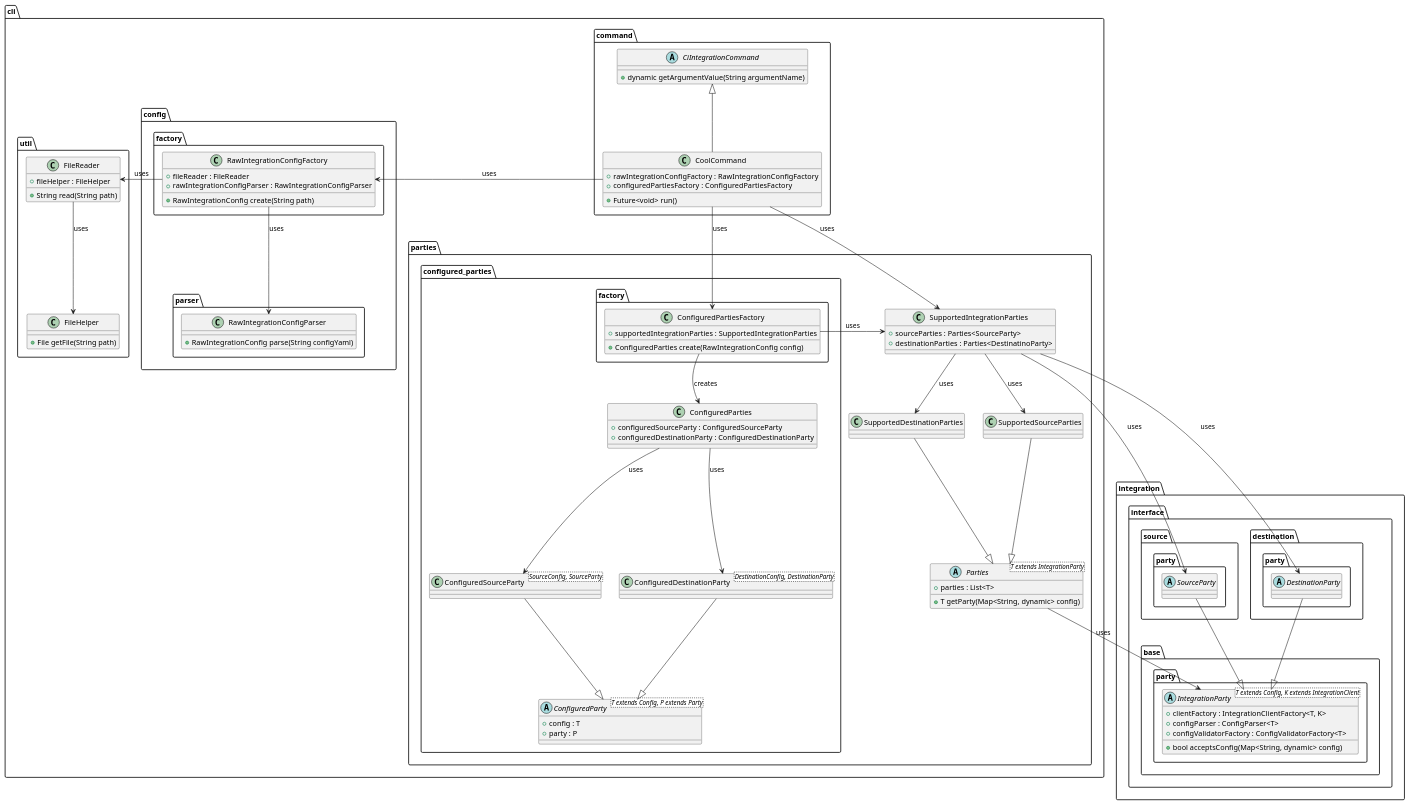
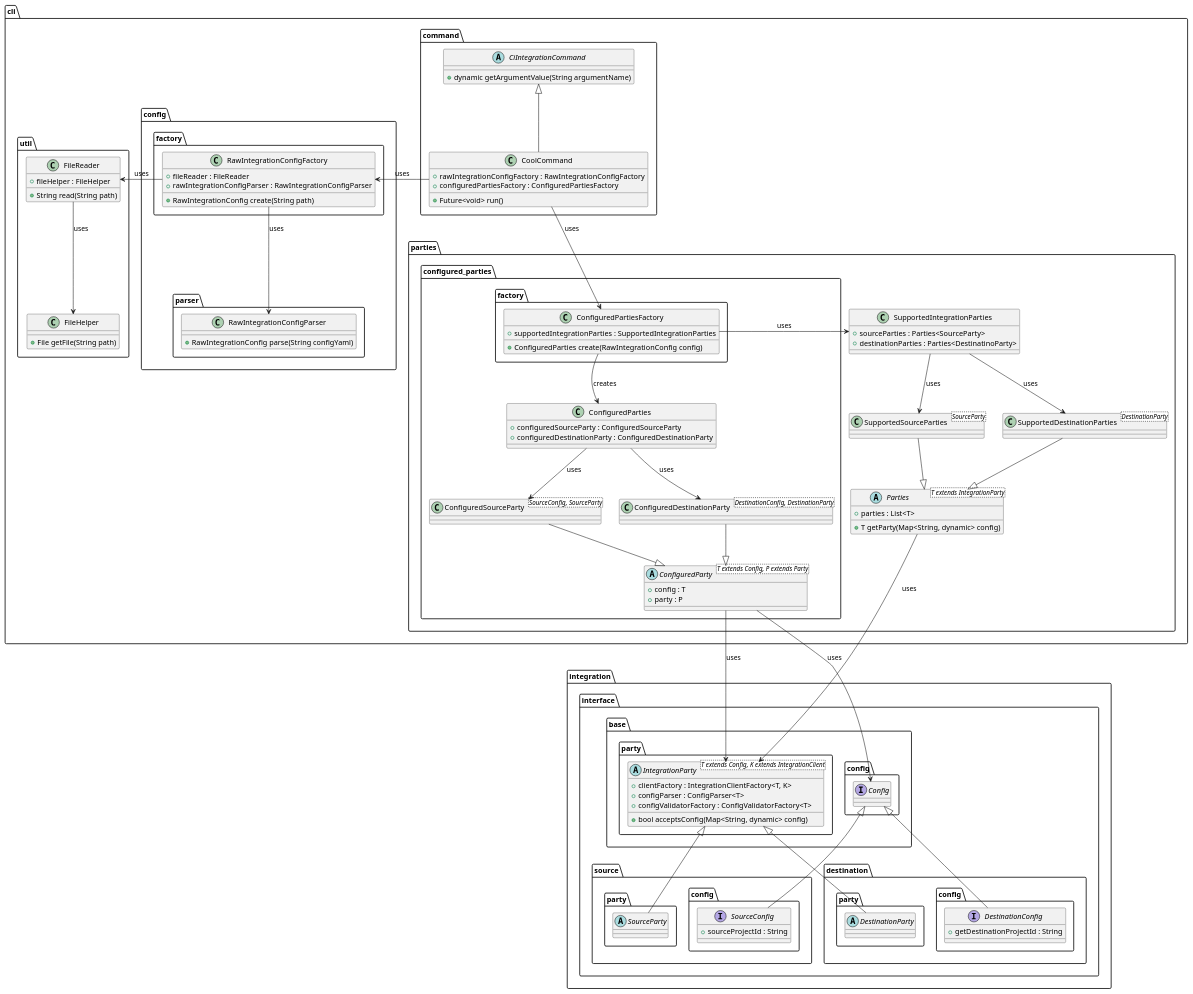
Before and after one commit to Flank/flank-dashboard: the diagram in metrics/ci_integrations/docs/diagrams/commands_code_sharing.puml, drawn with PlantUML.

Commit message:
Improve diagram layout

```diff
--- a/metrics/ci_integrations/docs/diagrams/commands_code_sharing.puml
+++ b/metrics/ci_integrations/docs/diagrams/commands_code_sharing.puml
@@ -1,140 +1,166 @@
 @startuml commands_code_sharing
 
 package cli {
     package command {
         abstract class CiIntegrationCommand {
             + dynamic getArgumentValue(String argumentName)
         }
 
         class CoolCommand {
             + rawIntegrationConfigFactory : RawIntegrationConfigFactory
             + configuredPartiesFactory : ConfiguredPartiesFactory
 
             + Future<void> run()
         }
     }
 
     package parties as cli_parties {
         abstract class Parties<T extends IntegrationParty> {
             + parties : List<T>
 
             + T getParty(Map<String, dynamic> config)
         }
 
-        class SupportedSourceParties {}
+        class SupportedSourceParties<SourceParty> {}
 
-        class SupportedDestinationParties {}
+        class SupportedDestinationParties<DestinationParty> {}
 
         class SupportedIntegrationParties {
             + sourceParties : Parties<SourceParty> 
             + destinationParties : Parties<DestinatinoParty>
         }
 
         package configured_parties {
             package factory as configured_parties_factory {
                 class ConfiguredPartiesFactory {
                     + supportedIntegrationParties : SupportedIntegrationParties
 
                     + ConfiguredParties create(RawIntegrationConfig config)
                 }   
             }
 
             class ConfiguredParties {
                     + configuredSourceParty : ConfiguredSourceParty
                     + configuredDestinationParty : ConfiguredDestinationParty
             }
 
             abstract class ConfiguredParty<T extends Config, P extends Party> {
                 + config : T
                 + party : P
             }
 
             class ConfiguredSourceParty<SourceConfig, SourceParty> {}
             
             class ConfiguredDestinationParty<DestinationConfig, DestinationParty> {}
         }
     }
     
     package config {
         package parser {
             class RawIntegrationConfigParser {
                 + RawIntegrationConfig parse(String configYaml)
             }
         }
 
         package factory {
             class RawIntegrationConfigFactory {
                 + fileReader : FileReader
                 + rawIntegrationConfigParser : RawIntegrationConfigParser
 
                 + RawIntegrationConfig create(String path)
             }
         }
     }
     
     package util {
         class FileHelper {
             + File getFile(String path)
         }
         
         class FileReader {
             + fileHelper : FileHelper
             
             + String read(String path)
         }
     }
 }
 
 package integration.interface {
-    package base.party{
-        abstract class IntegrationParty<T extends Config, K extends IntegrationClient> {
-            + clientFactory : IntegrationClientFactory<T, K>
-            + configParser : ConfigParser<T>
-            + configValidatorFactory : ConfigValidatorFactory<T>
-        
-            + bool acceptsConfig(Map<String, dynamic> config)
+    package base {
+        package party as base_party {
+            abstract class IntegrationParty<T extends Config, K extends IntegrationClient> {
+                + clientFactory : IntegrationClientFactory<T, K>
+                + configParser : ConfigParser<T>
+                + configValidatorFactory : ConfigValidatorFactory<T>
+
+                + bool acceptsConfig(Map<String, dynamic> config)
+            }
+        }
+
+        package config as base_config {
+            interface Config {}
         }
     }
 
-    package source.party {
-        abstract class SourceParty {}
+    package source {
+        package party as source_party {
+            abstract class SourceParty {}
+        }
+
+        package config as source_config {
+            interface SourceConfig {
+                + sourceProjectId : String
+            }
+        }
     }
-    
-    package destination.party {
-        abstract class DestinationParty {}
+
+    package destination {
+        package party as destination_party {
+            abstract class DestinationParty {}
+        }
+
+        package config as destination_config {
+            interface DestinationConfig {
+                + getDestinationProjectId : String
+            }
+        }
     }
 }
 
-SourceParty -down-|> IntegrationParty
-DestinationParty -down-|> IntegrationParty
 
-Parties --> IntegrationParty : uses
+SourceParty -up-|> IntegrationParty
+DestinationParty -up-|> IntegrationParty
 
 SupportedSourceParties --|> Parties
 SupportedDestinationParties --|> Parties
 
+Parties --> IntegrationParty : uses
+
+SourceConfig --|> Config
+DestinationConfig --|> Config
+
 SupportedIntegrationParties --> SupportedSourceParties : uses
 SupportedIntegrationParties --> SupportedDestinationParties : uses
-SupportedIntegrationParties -down-> SourceParty : uses
-SupportedIntegrationParties --> DestinationParty : uses
 
 CoolCommand -up-|> CiIntegrationCommand
-CoolCommand --> SupportedIntegrationParties : uses
 CoolCommand -right-> RawIntegrationConfigFactory : uses
 CoolCommand --> ConfiguredPartiesFactory : uses
 
 RawIntegrationConfigFactory -left-> FileReader : uses
 RawIntegrationConfigFactory --> RawIntegrationConfigParser : uses
 
 FileReader --> FileHelper : uses
 
 ConfiguredPartiesFactory --> ConfiguredParties : creates
 ConfiguredPartiesFactory -right-> SupportedIntegrationParties : uses
 
 ConfiguredParties --> ConfiguredSourceParty : uses
 ConfiguredParties --> ConfiguredDestinationParty : uses
 
 ConfiguredSourceParty --|> ConfiguredParty
 ConfiguredDestinationParty --|> ConfiguredParty
 
+ConfiguredParty --> IntegrationParty : uses
+ConfiguredParty --> Config : uses
+
 @enduml
```
